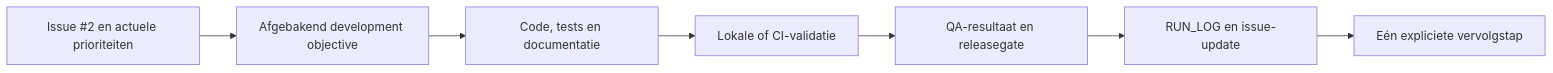
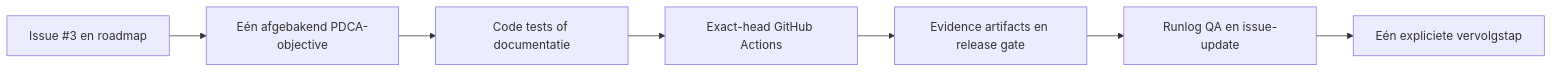
The third of 3 diagrams in README.md (GJvManen/dtmo), drawn with Mermaid before and after one commit. The commit also changed other lines of this file, not shown here.

Commit message:
docs: align README with RC6.1 evidenced roadmap status

````diff
--- a/README.md
+++ b/README.md
@@ -137,9 +129,9 @@
 ```mermaid
 flowchart LR
-    A[Issue #2 en actuele prioriteiten] --> B[Afgebakend development objective]
-    B --> C[Code, tests en documentatie]
-    C --> D[Lokale of CI-validatie]
-    D --> E[QA-resultaat en releasegate]
-    E --> F[RUN_LOG en issue-update]
+    A[Issue #3 en roadmap] --> B[Eén afgebakend PDCA-objective]
+    B --> C[Code tests of documentatie]
+    C --> D[Exact-head GitHub Actions]
+    D --> E[Evidence artifacts en release gate]
+    E --> F[Runlog QA en issue-update]
     F --> G[Eén expliciete vervolgstap]
 ```
````
